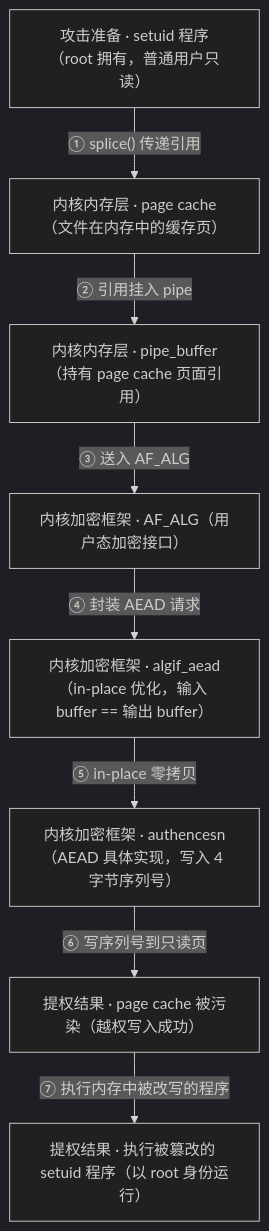
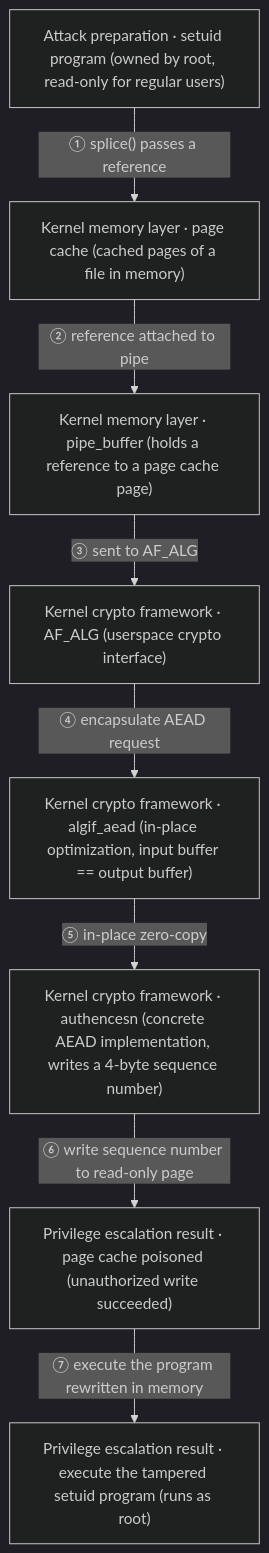
The first of 2 diagrams in src/content/posts/copy-fail-cve-2026-31431.md (HONGLEI111/hhlblog-global), drawn with Mermaid (dark theme) before and after one commit. The commit also changed other lines of this file and 33 other files, not shown here.

First line of the commit message:
content(code): 翻译 mermaid 图节点标签（34 文件 / 267 处）

````diff
--- a/src/content/posts/copy-fail-cve-2026-31431.md
+++ b/src/content/posts/copy-fail-cve-2026-31431.md
@@ -111,19 +111,19 @@
 ```mermaid
 flowchart TB
-    A["攻击准备 · setuid 程序（root 拥有，普通用户只读）"]
-    B["内核内存层 · page cache（文件在内存中的缓存页）"]
-    C["内核内存层 · pipe_buffer（持有 page cache 页面引用）"]
-    D["内核加密框架 · AF_ALG（用户态加密接口）"]
-    E["内核加密框架 · algif_aead（in-place 优化，输入 buffer == 输出 buffer）"]
-    F["内核加密框架 · authencesn（AEAD 具体实现，写入 4 字节序列号）"]
-    G["提权结果 · page cache 被污染（越权写入成功）"]
-    H["提权结果 · 执行被篡改的 setuid 程序（以 root 身份运行）"]
+    A["Attack preparation · setuid program (owned by root, read-only for regular users)"]
+    B["Kernel memory layer · page cache (cached pages of a file in memory)"]
+    C["Kernel memory layer · pipe_buffer (holds a reference to a page cache page)"]
+    D["Kernel crypto framework · AF_ALG (userspace crypto interface)"]
+    E["Kernel crypto framework · algif_aead (in-place optimization, input buffer == output buffer)"]
+    F["Kernel crypto framework · authencesn (concrete AEAD implementation, writes a 4-byte sequence number)"]
+    G["Privilege escalation result · page cache poisoned (unauthorized write succeeded)"]
+    H["Privilege escalation result · execute the tampered setuid program (runs as root)"]
 
-    A -->|"① splice() 传递引用"| B
-    B -->|"② 引用挂入 pipe"| C
-    C -->|"③ 送入 AF_ALG"| D
-    D -->|"④ 封装 AEAD 请求"| E
-    E -->|"⑤ in-place 零拷贝"| F
-    F -->|"⑥ 写序列号到只读页"| G
-    G -->|"⑦ 执行内存中被改写的程序"| H
+    A -->|"① splice() passes a reference"| B
+    B -->|"② reference attached to pipe"| C
+    C -->|"③ sent to AF_ALG"| D
+    D -->|"④ encapsulate AEAD request"| E
+    E -->|"⑤ in-place zero-copy"| F
+    F -->|"⑥ write sequence number to read-only page"| G
+    G -->|"⑦ execute the program rewritten in memory"| H
 ```
````
